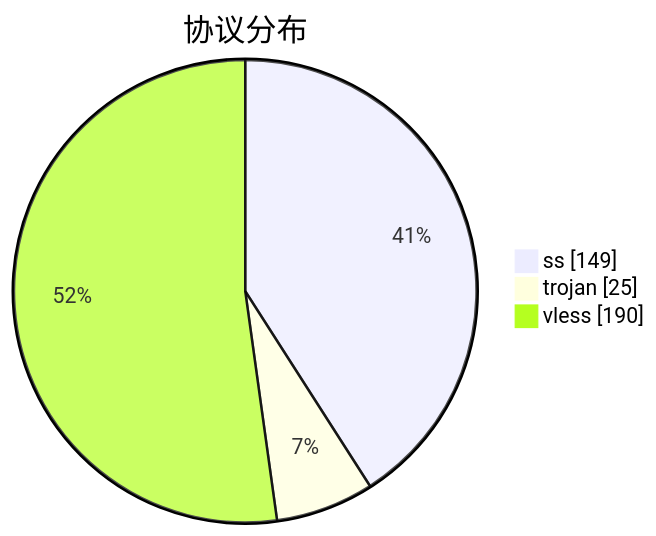
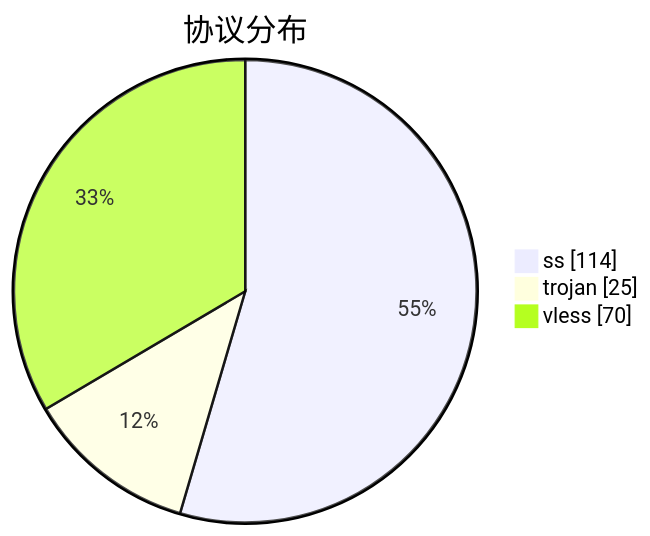
One commit to qjlxg/airport changed the third of 3 diagrams in subs/statistics/tested_within.md. Above: the diagram before and after it, drawn with Mermaid. The commit also changed other lines of this file and 2 other files, not shown here.

````diff
--- a/subs/statistics/tested_within.md
+++ b/subs/statistics/tested_within.md
@@ -38,7 +34,7 @@
 ```mermaid
 pie showData
 title 协议分布
-"ss" : 149
+"ss" : 114
 "trojan" : 25
-"vless" : 190
+"vless" : 70
 ```
````
